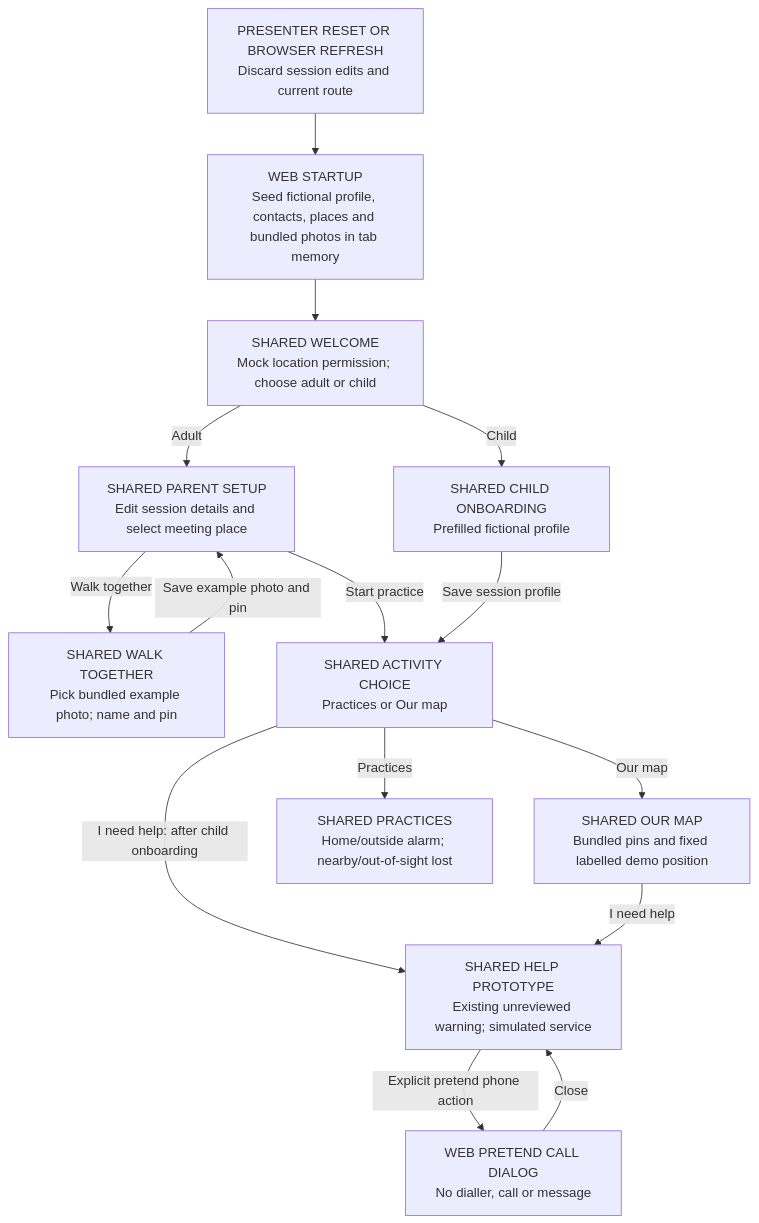
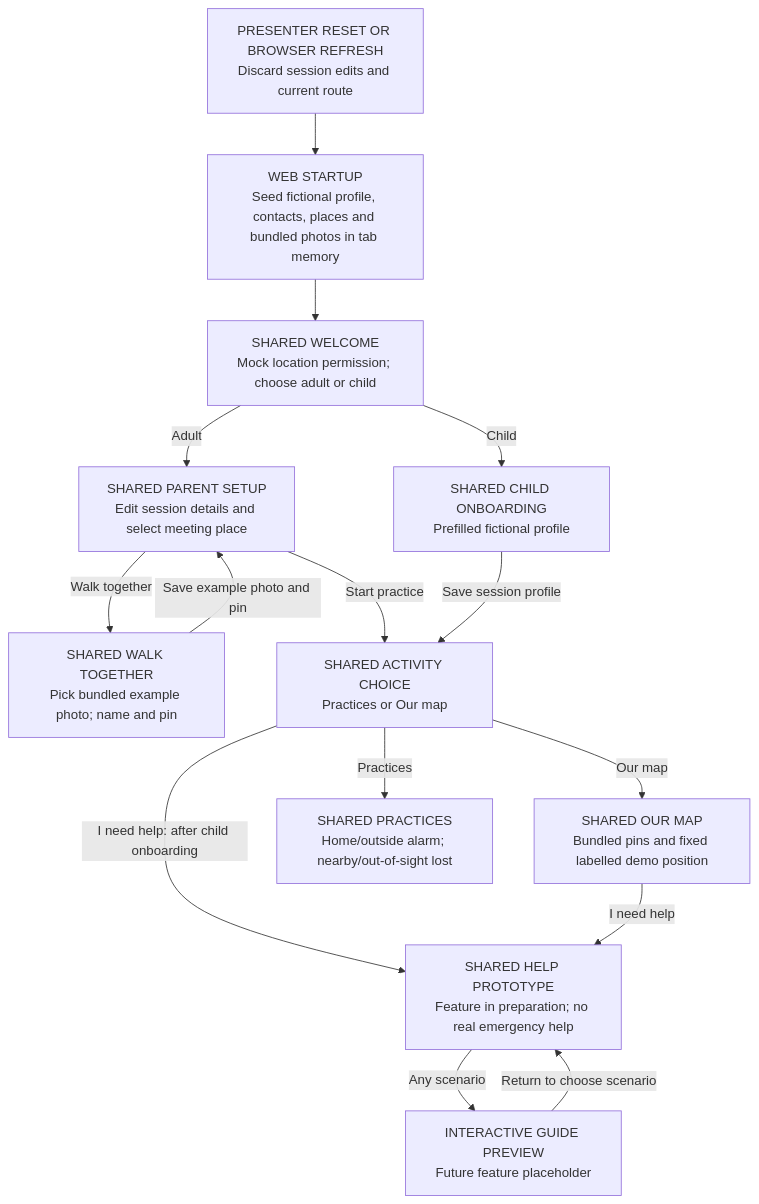
Before and after one commit to Mighty683/hackyeah: the second of 3 diagrams in docs/SCREEN_FLOW.md, drawn with Mermaid. The commit also changed other lines of this file and 10 other files, not shown here.

Commit message:
Simplify help preview and training screen controls

````diff
--- a/docs/SCREEN_FLOW.md
+++ b/docs/SCREEN_FLOW.md
@@ -469,28 +437,28 @@
 ```mermaid
 flowchart TD
     WS["WEB STARTUP<br/>Seed fictional profile, contacts, places and bundled photos in tab memory"]
     WW["SHARED WELCOME<br/>Mock location permission; choose adult or child"]
     WP["SHARED PARENT SETUP<br/>Edit session details and select meeting place"]
     WL["SHARED WALK TOGETHER<br/>Pick bundled example photo; name and pin"]
     WC["SHARED CHILD ONBOARDING<br/>Prefilled fictional profile"]
     WA["SHARED ACTIVITY CHOICE<br/>Practices or Our map"]
     WM["SHARED OUR MAP<br/>Bundled pins and fixed labelled demo position"]
     WT["SHARED PRACTICES<br/>Home/outside alarm; nearby/out-of-sight lost"]
-    WH["SHARED HELP PROTOTYPE<br/>Existing unreviewed warning; simulated service"]
-    WD["WEB PRETEND CALL DIALOG<br/>No dialler, call or message"]
+    WH["SHARED HELP PROTOTYPE<br/>Feature in preparation; no real emergency help"]
+    WG["INTERACTIVE GUIDE PREVIEW<br/>Future feature placeholder"]
     WR["PRESENTER RESET OR BROWSER REFRESH<br/>Discard session edits and current route"]
     WS --> WW
     WW -->|Adult| WP
     WP -->|Walk together| WL
     WL -->|Save example photo and pin| WP
     WP -->|Start practice| WA
     WW -->|Child| WC
     WC -->|Save session profile| WA
     WA -->|Our map| WM
     WA -->|Practices| WT
     WA -->|I need help: after child onboarding| WH
     WM -->|I need help| WH
-    WH -->|Explicit pretend phone action| WD
-    WD -->|Close| WH
+    WH -->|Any scenario| WG
+    WG -->|Return to choose scenario| WH
     WR --> WS
 ```
````
